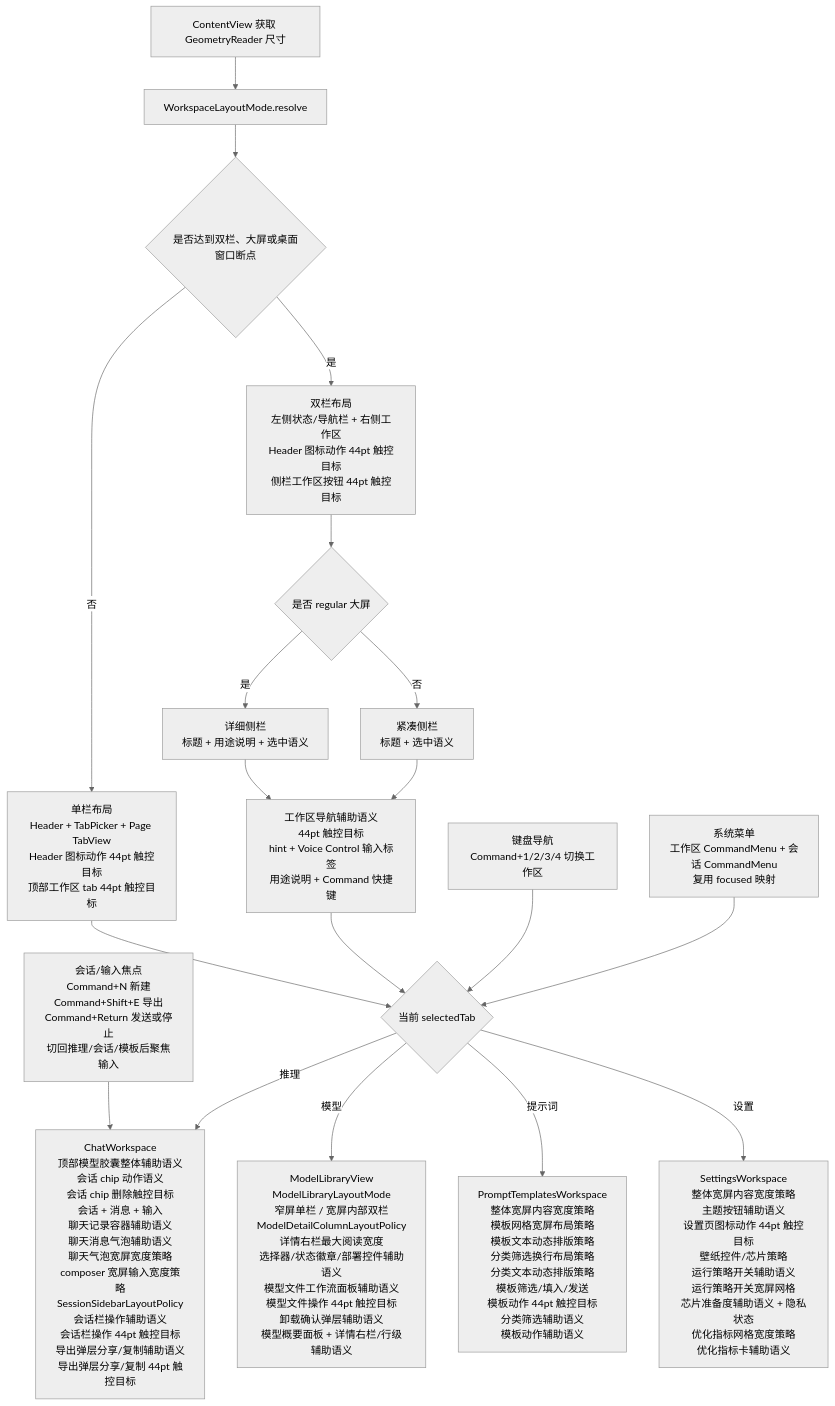
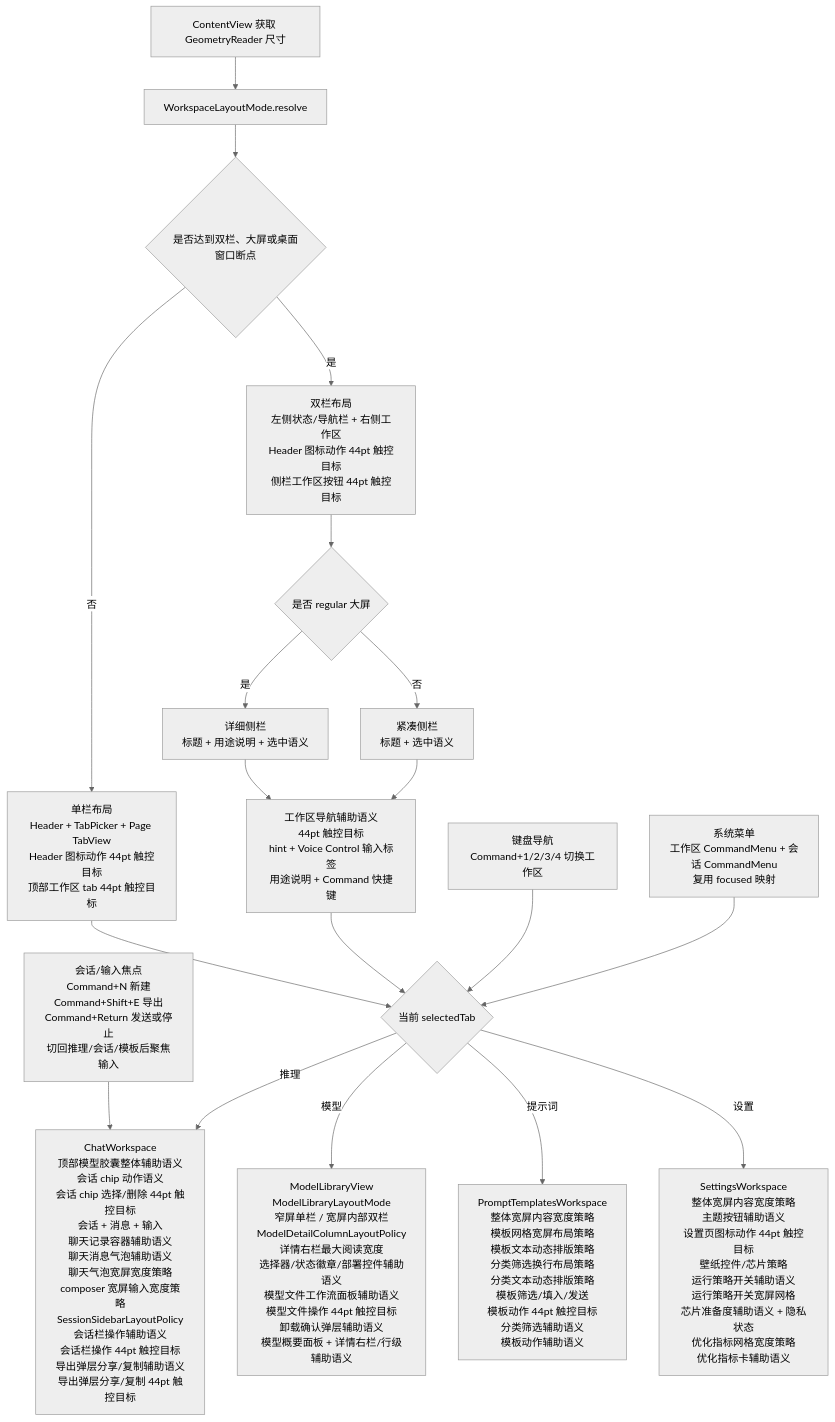
One commit to Altman-sam114/113 changed the fifth of 10 diagrams in md/flow/flowchart.md. Above: the diagram before and after it, drawn with Mermaid (neutral theme). The commit also changed other lines of this file and 8 other files, not shown here.

````diff
--- a/md/flow/flowchart.md
+++ b/md/flow/flowchart.md
@@ -84,21 +84,21 @@
 ```mermaid
 flowchart TD
     A[ContentView 获取 GeometryReader 尺寸] --> B[WorkspaceLayoutMode.resolve]
     B --> C{是否达到双栏、大屏或桌面窗口断点}
     C -- 否 --> D[单栏布局<br/>Header + TabPicker + Page TabView<br/>Header 图标动作 44pt 触控目标<br/>顶部工作区 tab 44pt 触控目标]
     C -- 是 --> E[双栏布局<br/>左侧状态/导航栏 + 右侧工作区<br/>Header 图标动作 44pt 触控目标<br/>侧栏工作区按钮 44pt 触控目标]
     E --> N{是否 regular 大屏}
     N -- 是 --> O[详细侧栏<br/>标题 + 用途说明 + 选中语义]
     N -- 否 --> P[紧凑侧栏<br/>标题 + 选中语义]
     D --> F{当前 selectedTab}
     O --> X[工作区导航辅助语义<br/>44pt 触控目标<br/>hint + Voice Control 输入标签<br/>用途说明 + Command 快捷键]
     P --> X
     X --> F
     K[键盘导航<br/>Command+1/2/3/4 切换工作区] --> F
     M[系统菜单<br/>工作区 CommandMenu + 会话 CommandMenu<br/>复用 focused 映射] --> F
     L[会话/输入焦点<br/>Command+N 新建<br/>Command+Shift+E 导出<br/>Command+Return 发送或停止<br/>切回推理/会话/模板后聚焦输入] --> G
-    F -- 推理 --> G[ChatWorkspace<br/>顶部模型胶囊整体辅助语义<br/>会话 chip 动作语义<br/>会话 chip 删除触控目标<br/>会话 + 消息 + 输入<br/>聊天记录容器辅助语义<br/>聊天消息气泡辅助语义<br/>聊天气泡宽屏宽度策略<br/>composer 宽屏输入宽度策略<br/>SessionSidebarLayoutPolicy<br/>会话栏操作辅助语义<br/>会话栏操作 44pt 触控目标<br/>导出弹层分享/复制辅助语义<br/>导出弹层分享/复制 44pt 触控目标]
+    F -- 推理 --> G[ChatWorkspace<br/>顶部模型胶囊整体辅助语义<br/>会话 chip 动作语义<br/>会话 chip 选择/删除 44pt 触控目标<br/>会话 + 消息 + 输入<br/>聊天记录容器辅助语义<br/>聊天消息气泡辅助语义<br/>聊天气泡宽屏宽度策略<br/>composer 宽屏输入宽度策略<br/>SessionSidebarLayoutPolicy<br/>会话栏操作辅助语义<br/>会话栏操作 44pt 触控目标<br/>导出弹层分享/复制辅助语义<br/>导出弹层分享/复制 44pt 触控目标]
     F -- 模型 --> H[ModelLibraryView<br/>ModelLibraryLayoutMode<br/>窄屏单栏 / 宽屏内部双栏<br/>ModelDetailColumnLayoutPolicy<br/>详情右栏最大阅读宽度<br/>选择器/状态徽章/部署控件辅助语义<br/>模型文件工作流面板辅助语义<br/>模型文件操作 44pt 触控目标<br/>卸载确认弹层辅助语义<br/>模型概要面板 + 详情右栏/行级辅助语义]
     F -- 提示词 --> I[PromptTemplatesWorkspace<br/>整体宽屏内容宽度策略<br/>模板网格宽屏布局策略<br/>模板文本动态排版策略<br/>分类筛选换行布局策略<br/>分类文本动态排版策略<br/>模板筛选/填入/发送<br/>模板动作 44pt 触控目标<br/>分类筛选辅助语义<br/>模板动作辅助语义]
     F -- 设置 --> J[SettingsWorkspace<br/>整体宽屏内容宽度策略<br/>主题按钮辅助语义<br/>设置页图标动作 44pt 触控目标<br/>壁纸控件/芯片策略<br/>运行策略开关辅助语义<br/>运行策略开关宽屏网格<br/>芯片准备度辅助语义 + 隐私状态<br/>优化指标网格宽度策略<br/>优化指标卡辅助语义]
 ```
````
